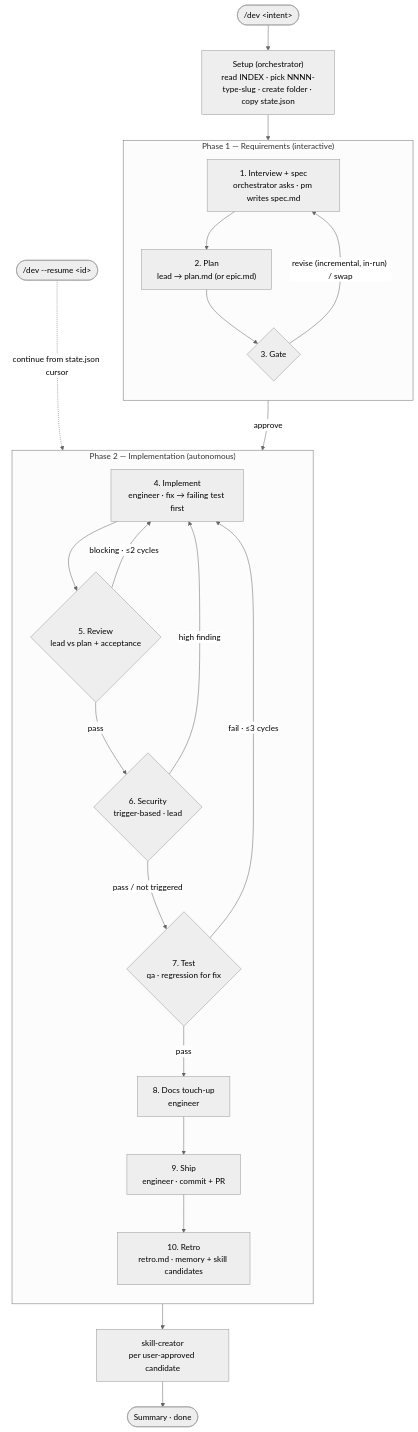
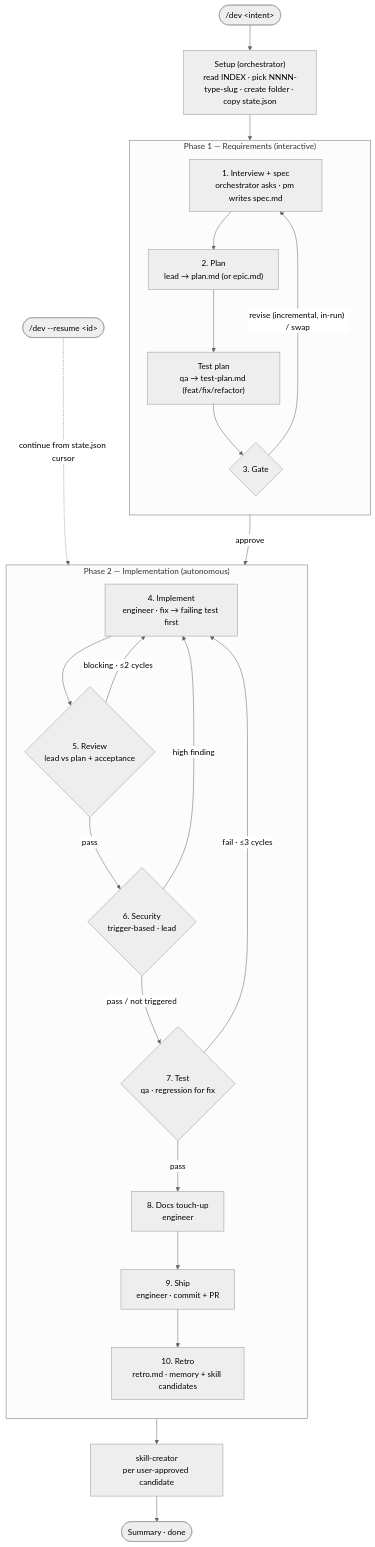
One commit to Maximumsoft-Co-LTD/claude-foundation changed the diagram in WORKFLOW.md. Above: the diagram before and after it, drawn with Mermaid (neutral theme). The commit also changed other lines of this file and 67 other files, not shown here.

First line of the commit message:
feat: delegation-first fanout, per-repo + test-plan phases; durable-state & close-hygiene fixes

````diff
--- a/WORKFLOW.md
+++ b/WORKFLOW.md
@@ -11,40 +11,41 @@
 ```mermaid
 flowchart TD
     Start(["/dev &lt;intent&gt;"]) --> Setup["Setup (orchestrator)<br/>read INDEX · pick NNNN-type-slug · create folder · copy state.json"]
 
     subgraph P1["Phase 1 — Requirements (interactive)"]
         direction TB
         S1["1. Interview + spec<br/>orchestrator asks · pm writes spec.md"]
         S2["2. Plan<br/>lead → plan.md (or epic.md)"]
+        S2T["Test plan<br/>qa → test-plan.md (feat/fix/refactor)"]
         S3{"3. Gate"}
-        S1 --> S2 --> S3
+        S1 --> S2 --> S2T --> S3
     end
 
     Setup --> S1
     S3 -- "revise (incremental, in-run) / swap" --> S1
     S3 -- "approve" --> S4
 
     subgraph P2["Phase 2 — Implementation (autonomous)"]
         direction TB
         S4["4. Implement<br/>engineer · fix → failing test first"]
         S5{"5. Review<br/>lead vs plan + acceptance"}
         S6{"6. Security<br/>trigger-based · lead"}
         S7{"7. Test<br/>qa · regression for fix"}
         S8["8. Docs touch-up<br/>engineer"]
         S9["9. Ship<br/>engineer · commit + PR"]
         S10["10. Retro<br/>retro.md · memory + skill candidates"]
         S4 --> S5
         S5 -- "pass" --> S6
         S6 -- "pass / not triggered" --> S7
         S7 -- "pass" --> S8 --> S9 --> S10
     end
 
     S5 -- "blocking · ≤2 cycles" --> S4
     S6 -- "high finding" --> S4
     S7 -- "fail · ≤3 cycles" --> S4
 
     S10 --> Skill["skill-creator<br/>per user-approved candidate"]
     Skill --> Done(["Summary · done"])
 
     Resume(["/dev --resume &lt;id&gt;"]) -. "continue from state.json cursor" .-> P2
 ```
````
